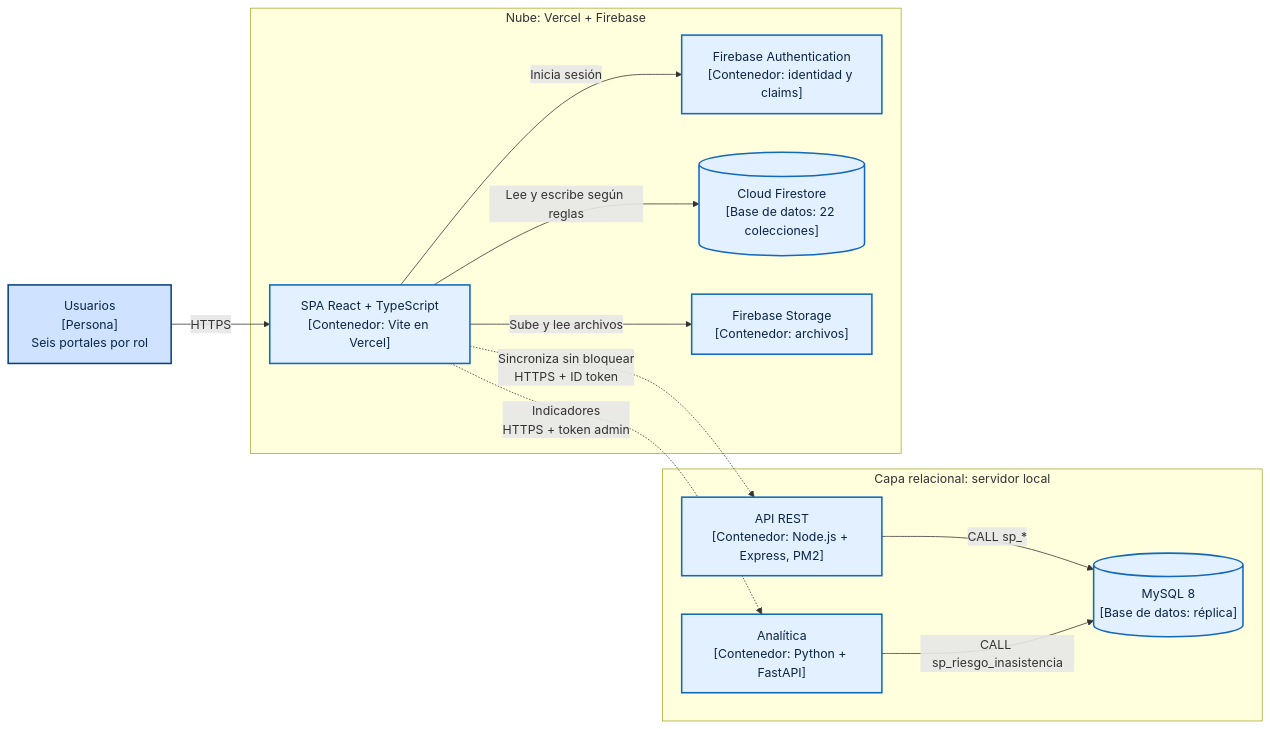
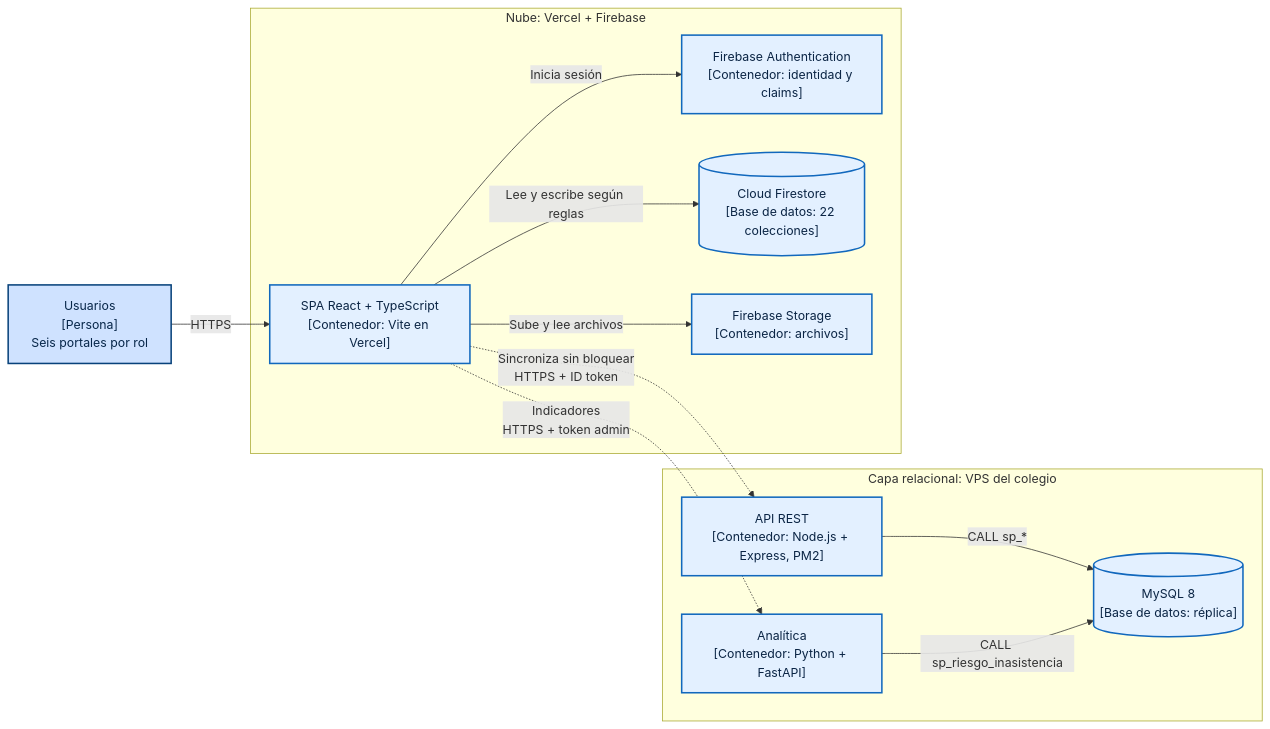
The third of 12 diagrams in docs/e1-definicion-sistema-ce021.md (yucradavid/Perfil-de-egreso-Plataforma-Web-Integral-CERMAT), drawn with Mermaid before and after one commit. The commit also changed other lines of this file and 53 other files, not shown here.

````diff
--- a/docs/e1-definicion-sistema-ce021.md
+++ b/docs/e1-definicion-sistema-ce021.md
@@ -188,25 +188,25 @@
 ```mermaid
 flowchart LR
   classDef persona fill:#cfe2ff,stroke:#08427b,stroke-width:2px,color:#08274a
   classDef contenedor fill:#e3f0ff,stroke:#1168bd,stroke-width:2px,color:#0b2545
   U["Usuarios<br/>[Persona]<br/>Seis portales por rol"]:::persona
-  subgraph LOCAL["Capa relacional: servidor local"]
+  subgraph LOCAL["Capa relacional: VPS del colegio"]
     API["API REST<br/>[Contenedor: Node.js + Express, PM2]"]:::contenedor
     AN["Analítica<br/>[Contenedor: Python + FastAPI]"]:::contenedor
     DB[("MySQL 8<br/>[Base de datos: réplica]")]:::contenedor
   end
   subgraph NUBE["Nube: Vercel + Firebase"]
     SPA["SPA React + TypeScript<br/>[Contenedor: Vite en Vercel]"]:::contenedor
     AUTH["Firebase Authentication<br/>[Contenedor: identidad y claims]"]:::contenedor
     FS[("Cloud Firestore<br/>[Base de datos: 22 colecciones]")]:::contenedor
     ST["Firebase Storage<br/>[Contenedor: archivos]"]:::contenedor
   end
   U -->|HTTPS| SPA
   SPA -->|"Inicia sesión"| AUTH
   SPA -->|"Lee y escribe según reglas"| FS
   SPA -->|"Sube y lee archivos"| ST
   SPA -.->|"Sincroniza sin bloquear<br/>HTTPS + ID token"| API
   SPA -.->|"Indicadores<br/>HTTPS + token admin"| AN
   API -->|"CALL sp_*"| DB
   AN -->|"CALL sp_riesgo_inasistencia"| DB
 ```
````
